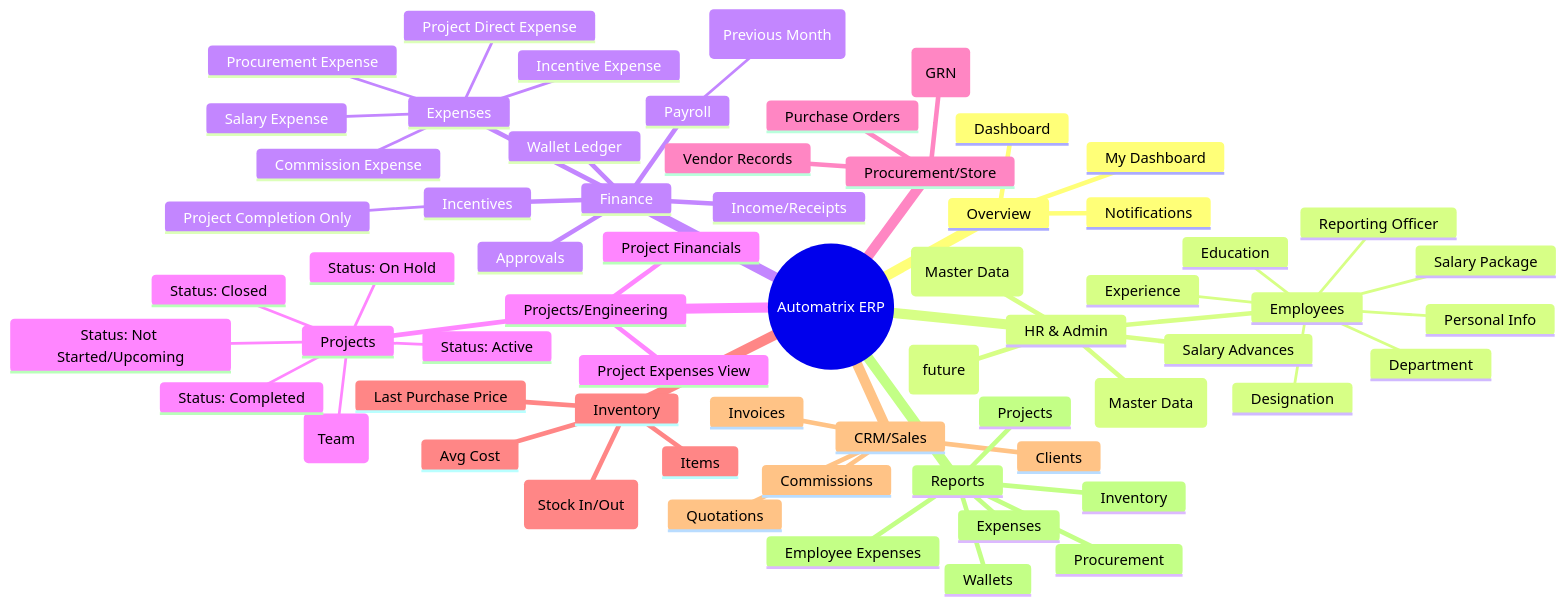
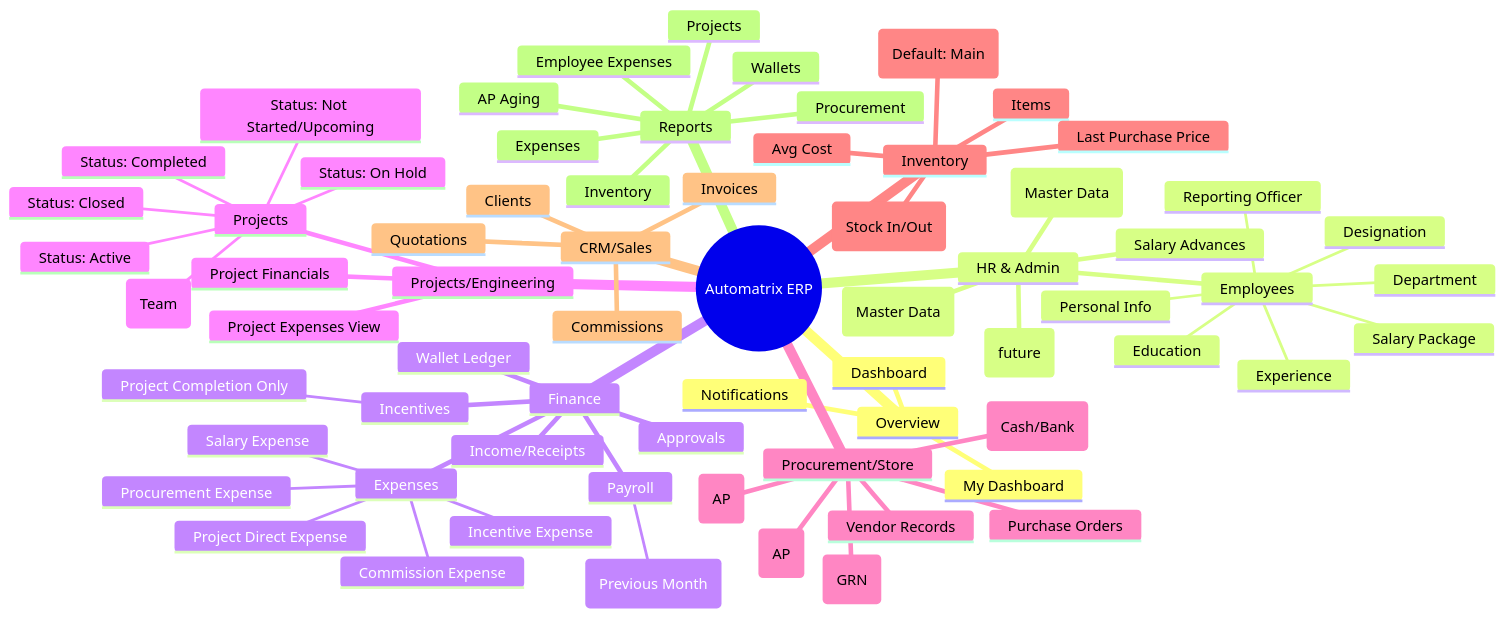
The first of 2 diagrams in docs/ERP_DIAGRAMS.md (raohassandev/Automatrix-ERP), drawn with Mermaid before and after one commit. The commit also changed other lines of this file and 1 other file, not shown here.

Commit message:
docs(blueprint): update ERP diagrams for AP + accounts + warehouse + AP aging

````diff
--- a/docs/ERP_DIAGRAMS.md
+++ b/docs/ERP_DIAGRAMS.md
@@ -7,66 +7,71 @@
 ```mermaid
 mindmap
   root((Automatrix ERP))
     Overview
       Dashboard
       My Dashboard
       Notifications
     HR & Admin
       Employees
         Personal Info
         Education
         Experience
         Department
         Designation
         Reporting Officer
         Salary Package
       Departments (Master Data)
       Designations (Master Data)
       Salary Advances
       Roles & Permissions (future)
     Finance
       Expenses
         Salary Expense
         Incentive Expense
         Commission Expense
         Procurement Expense
         Project Direct Expense
       Payroll
         Monthly (Previous Month)
       Incentives
         Project Completion Only
       Wallet Ledger
       Income/Receipts
       Approvals
     Projects/Engineering
       Projects
         Assignments (Team)
         Status: Not Started/Upcoming
         Status: Active
         Status: On Hold
         Status: Completed
         Status: Closed
       Project Financials
       Project Expenses View
     Procurement/Store
       Purchase Orders
       Goods Receipts (GRN)
+      Vendor Bills (AP)
+      Vendor Payments (AP)
+      Company Accounts (Cash/Bank)
       Vendor Records
     Inventory
       Items
+      Warehouse (Default: Main)
       Ledger (Stock In/Out)
       Last Purchase Price
       Avg Cost
     CRM/Sales
       Clients
       Quotations
       Invoices
       Commissions
     Reports
       Expenses
+      AP Aging
       Inventory
       Wallets
       Projects
       Procurement
       Employee Expenses
 ```
````
